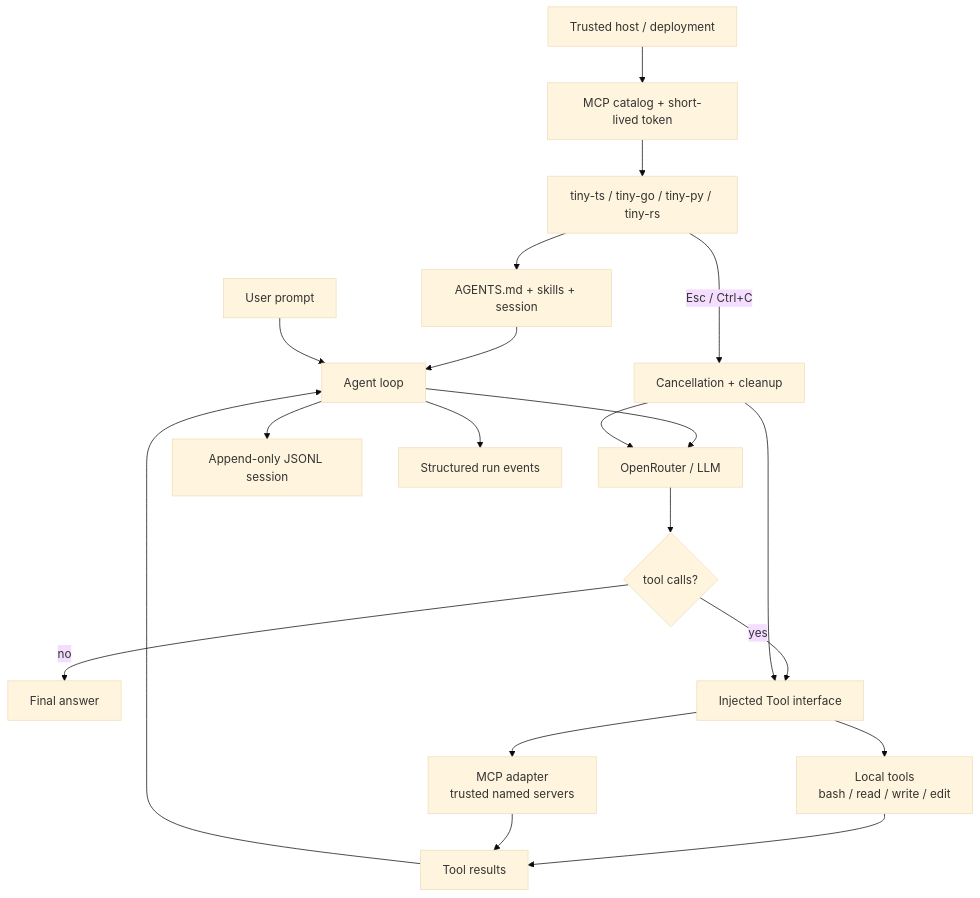
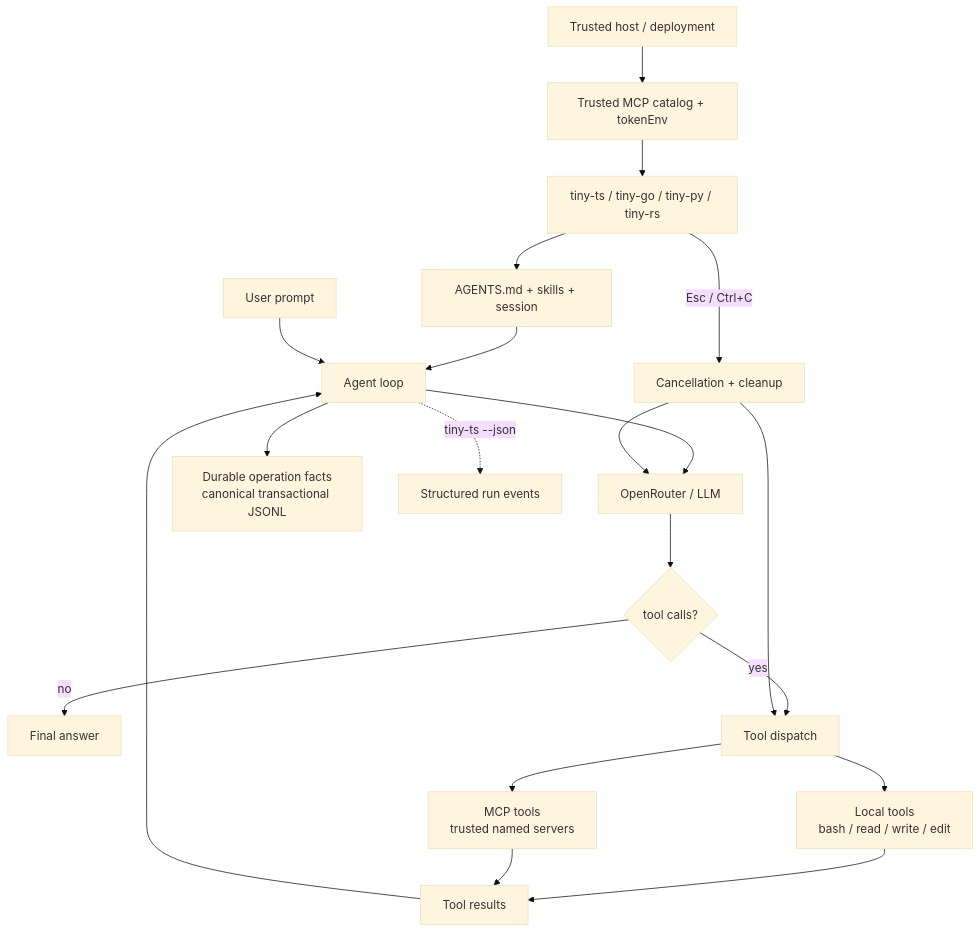
One commit to geminixiang/tiny-agent changed the diagram in README.md. Above: the diagram before and after it, drawn with Mermaid (base theme). The commit also changed other lines of this file and 2 other files, not shown here.

Commit message:
docs: align architecture and session behavior

````diff
--- a/README.md
+++ b/README.md
@@ -11,22 +11,22 @@
 ```mermaid
 flowchart TD
-    Host["Trusted host / deployment"] --> Catalog["MCP catalog + short-lived token"]
+    Host["Trusted host / deployment"] --> Catalog["Trusted MCP catalog + tokenEnv"]
     CLI["tiny-ts / tiny-go / tiny-py / tiny-rs"] --> Context["AGENTS.md + skills + session"]
     Catalog --> CLI
     Context --> Loop["Agent loop"]
     User["User prompt"] --> Loop
     Loop --> Model["OpenRouter / LLM"]
     Model --> Decision{"tool calls?"}
     Decision -- no --> Answer["Final answer"]
-    Decision -- yes --> Dispatch["Injected Tool interface"]
+    Decision -- yes --> Dispatch["Tool dispatch"]
     Dispatch --> Local["Local tools\nbash / read / write / edit"]
-    Dispatch --> MCP["MCP adapter\ntrusted named servers"]
+    Dispatch --> MCP["MCP tools\ntrusted named servers"]
     Local --> Results["Tool results"]
     MCP --> Results
     Results --> Loop
-    Loop --> Session["Append-only JSONL session"]
-    Loop --> Events["Structured run events"]
+    Loop --> Session["Durable operation facts\ncanonical transactional JSONL"]
+    Loop -. "tiny-ts --json" .-> Events["Structured run events"]
     CLI -- "Esc / Ctrl+C" --> Cancel["Cancellation + cleanup"]
     Cancel --> Model
     Cancel --> Dispatch
 ```
````
